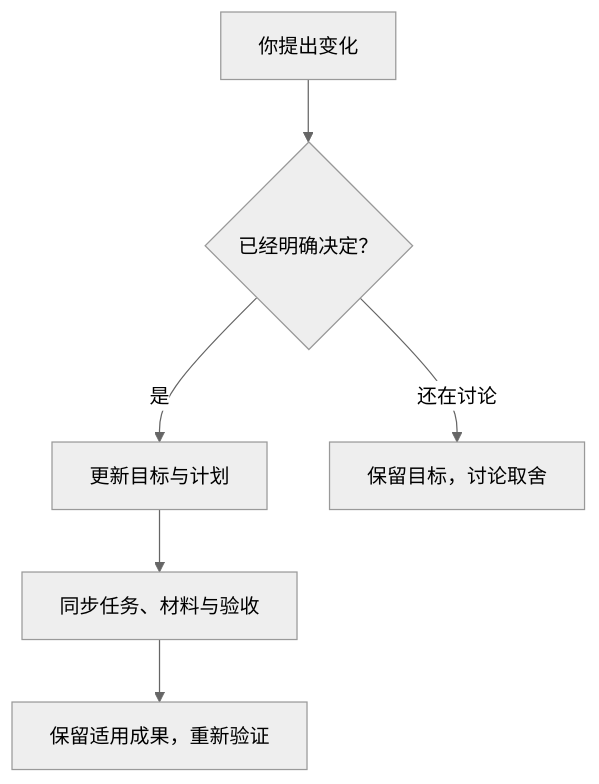
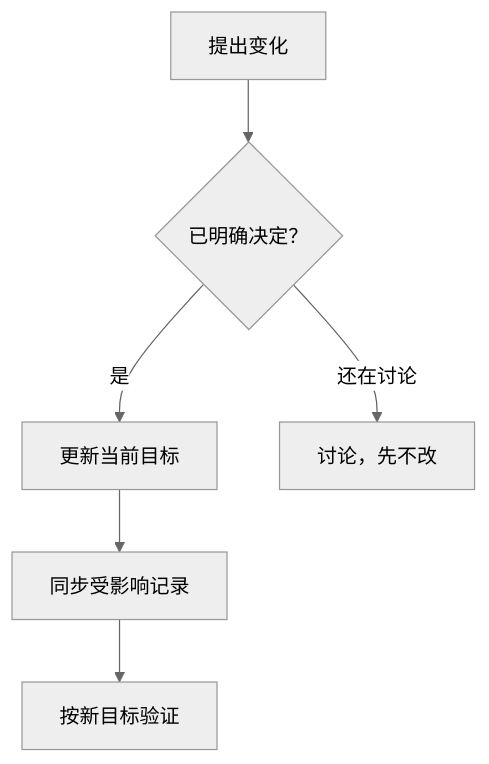
One commit to Irixil/irixi-project-forge changed the second of 3 diagrams in README.md. Above: the diagram before and after it, drawn with Mermaid (neutral theme). The commit also changed other lines of this file, not shown here.

Commit message:
Improve GitHub bold text and narrow-screen diagram labels

````diff
--- a/README.md
+++ b/README.md
@@ -53,8 +53,8 @@
 ```mermaid
 flowchart TD
-    A["你提出变化"] --> B{"已经明确决定？"}
-    B -->|"是"| C["更新目标与计划"]
-    B -->|"还在讨论"| D["保留目标，讨论取舍"]
-    C --> E["同步任务、材料与验收"]
-    E --> F["保留适用成果，重新验证"]
+    A["提出变化"] --> B{"已明确决定？"}
+    B -->|"是"| C["更新当前目标"]
+    B -->|"还在讨论"| D["讨论，先不改"]
+    C --> E["同步受影响记录"]
+    E --> F["按新目标验证"]
 ```
````
